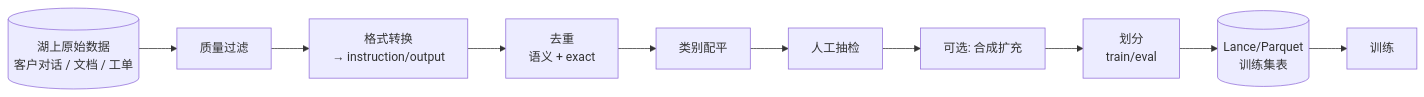
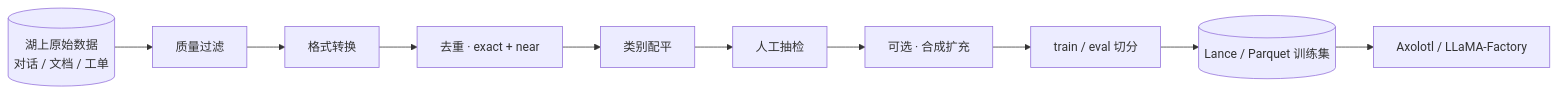
Before and after one commit to wangyong9999/lakehouse-wiki: the diagram in docs/ml-infra/fine-tuning-data.md, drawn with Mermaid. The commit also changed other lines of this file, not shown here.

````diff
--- a/docs/ml-infra/fine-tuning-data.md
+++ b/docs/ml-infra/fine-tuning-data.md
@@ -34,12 +167,12 @@
 ```mermaid
 flowchart LR
-  raw[(湖上原始数据<br/>客户对话 / 文档 / 工单)] --> filter[质量过滤]
-  filter --> format[格式转换<br/>→ instruction/output]
-  format --> dedup[去重<br/>语义 + exact]
+  raw[(湖上原始数据<br/>对话 / 文档 / 工单)] --> filter[质量过滤]
+  filter --> format[格式转换]
+  format --> dedup[去重 · exact + near]
   dedup --> balance[类别配平]
   balance --> annotate[人工抽检]
-  annotate --> synth[可选: 合成扩充]
-  synth --> eval_split[划分<br/>train/eval]
-  eval_split --> exp[(Lance/Parquet<br/>训练集表)]
-  exp --> train[训练]
+  annotate --> synth[可选 · 合成扩充]
+  synth --> eval_split[train / eval 切分]
+  eval_split --> exp[(Lance / Parquet 训练集)]
+  exp --> train[Axolotl / LLaMA-Factory]
 ```
````
